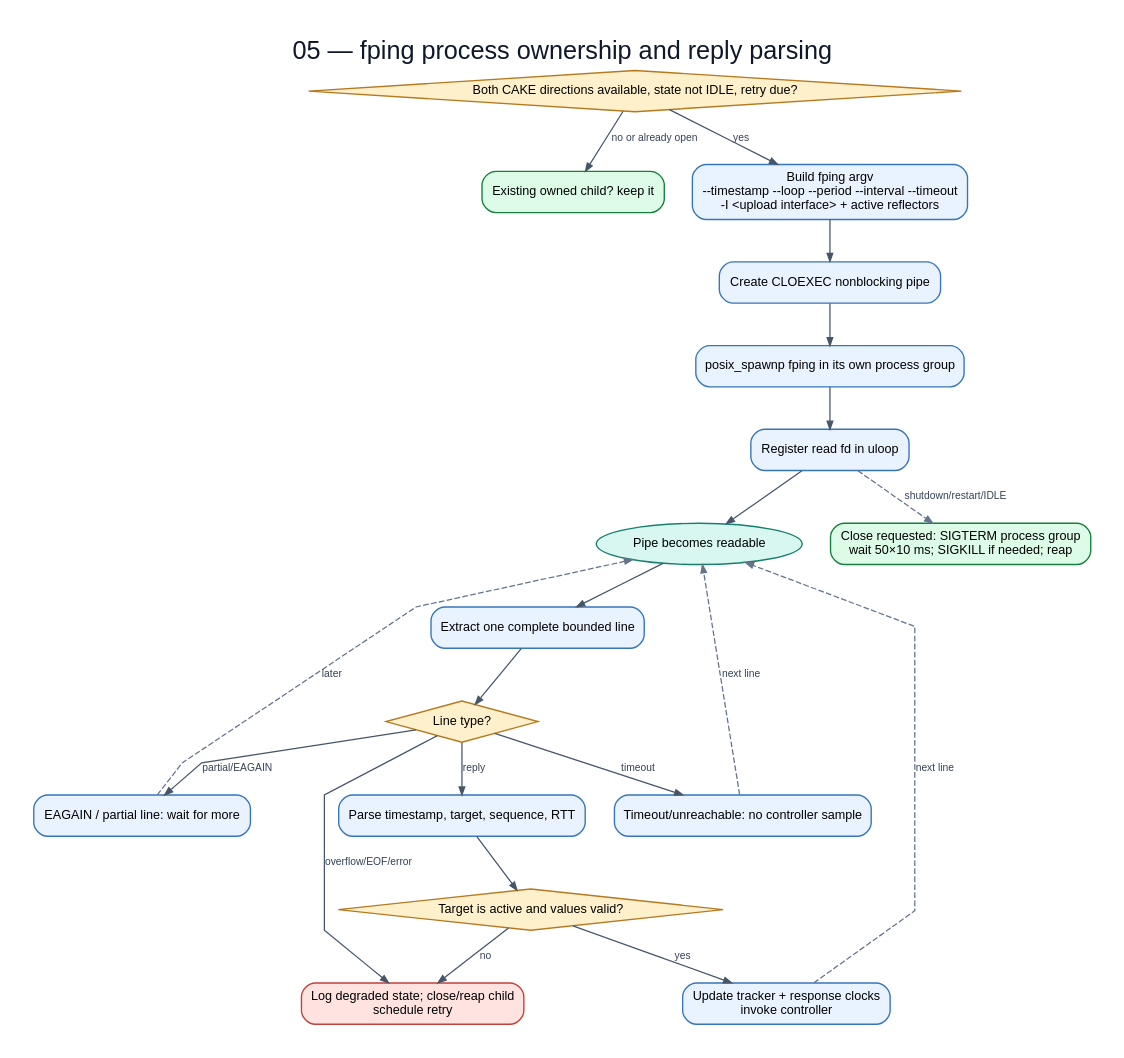
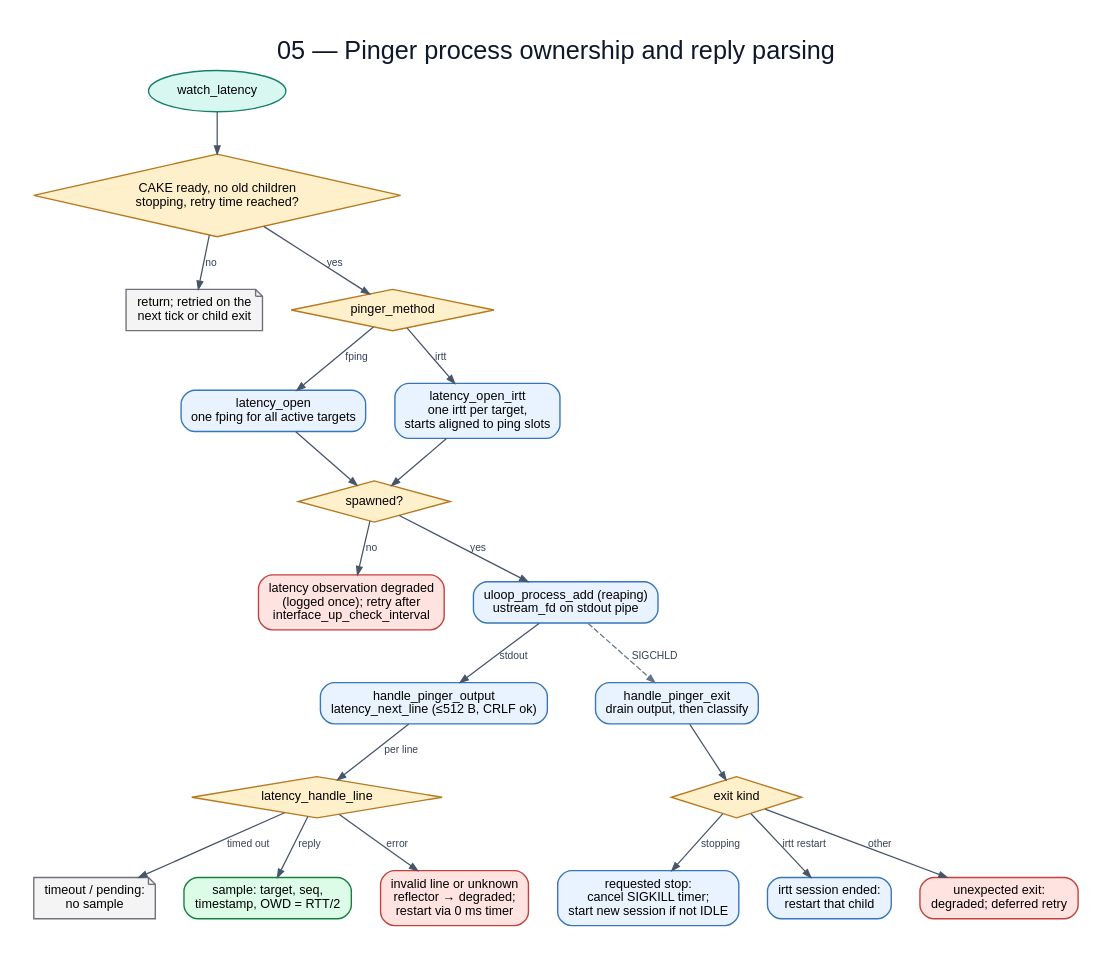
Before and after one commit to huydoan94/cake-adapt: the diagram in flowchart/diagrams/05-fping-process.dot, drawn with Graphviz. The commit also changed 38 other files, not shown here.

First line of the commit message:
Redraw the flowcharts from the current sources

```diff
--- a/flowchart/diagrams/05-fping-process.dot
+++ b/flowchart/diagrams/05-fping-process.dot
@@ -1,40 +1,43 @@
 digraph G {
-  graph [rankdir=TB,bgcolor="white",pad="0.30",nodesep="0.35",ranksep="0.48",splines=polyline,fontname="Arial",label="05 — fping process ownership and reply parsing",labelloc=t,fontsize=22,fontcolor="#0f172a"];
+  graph [rankdir=TB,bgcolor="white",pad="0.30",nodesep="0.35",ranksep="0.48",splines=polyline,fontname="Arial",label="05 — Pinger process ownership and reply parsing",labelloc=t,fontsize=22,fontcolor="#0f172a"];
   node [fontname="Arial",fontsize=11,margin="0.14,0.09",penwidth=1.2];
   edge [fontname="Arial",fontsize=9,color="#475569",fontcolor="#334155",arrowsize=0.7,penwidth=1.1];
-  need [label="Both CAKE directions available, state not IDLE, retry due?",shape=diamond,style="filled",fillcolor="#fff0cc",color="#b7791f"];
-  keep [label="Existing owned child? keep it",shape=box,style="rounded,filled,bold",fillcolor="#dcfce7",color="#15803d"];
-  argv [label="Build fping argv\n--timestamp --loop --period --interval --timeout\n-I <upload interface> + active reflectors",shape=box,style="rounded,filled",fillcolor="#e9f2ff",color="#3676b9"];
-  pipe [label="Create CLOEXEC nonblocking pipe",shape=box,style="rounded,filled",fillcolor="#e9f2ff",color="#3676b9"];
-  spawn [label="posix_spawnp fping in its own process group",shape=box,style="rounded,filled",fillcolor="#e9f2ff",color="#3676b9"];
-  watch [label="Register read fd in uloop",shape=box,style="rounded,filled",fillcolor="#e9f2ff",color="#3676b9"];
-  read [label="Pipe becomes readable",shape=oval,style="filled",fillcolor="#d9f7f1",color="#17806d"];
-  line [label="Extract one complete bounded line",shape=box,style="rounded,filled",fillcolor="#e9f2ff",color="#3676b9"];
-  status [label="Line type?",shape=diamond,style="filled",fillcolor="#fff0cc",color="#b7791f"];
-  pending [label="EAGAIN / partial line: wait for more",shape=box,style="rounded,filled",fillcolor="#e9f2ff",color="#3676b9"];
-  timeout [label="Timeout/unreachable: no controller sample",shape=box,style="rounded,filled",fillcolor="#e9f2ff",color="#3676b9"];
-  parse [label="Parse timestamp, target, sequence, RTT",shape=box,style="rounded,filled",fillcolor="#e9f2ff",color="#3676b9"];
-  valid [label="Target is active and values valid?",shape=diamond,style="filled",fillcolor="#fff0cc",color="#b7791f"];
-  deliver [label="Update tracker + response clocks\ninvoke controller",shape=box,style="rounded,filled",fillcolor="#e9f2ff",color="#3676b9"];
-  bad [label="Log degraded state; close/reap child\nschedule retry",shape=box,style="rounded,filled",fillcolor="#ffe3e0",color="#c2413b"];
-  stop [label="Close requested: SIGTERM process group\nwait 50×10 ms; SIGKILL if needed; reap",shape=box,style="rounded,filled,bold",fillcolor="#dcfce7",color="#15803d"];
-  need -> keep [label="no or already open"];
-  need -> argv [label="yes"];
-  argv -> pipe;
-  pipe -> spawn;
-  spawn -> watch;
-  watch -> read;
-  read -> line;
-  line -> status;
-  status -> pending [label="partial/EAGAIN"];
-  status -> timeout [label="timeout"];
-  status -> parse [label="reply"];
-  status -> bad [label="overflow/EOF/error"];
-  parse -> valid;
-  valid -> deliver [label="yes"];
-  valid -> bad [label="no"];
-  pending -> read [label="later",style=dashed,color="#64748b"];
-  timeout -> read [label="next line",style=dashed,color="#64748b"];
-  deliver -> read [label="next line",style=dashed,color="#64748b"];
-  watch -> stop [label="shutdown/restart/IDLE",style=dashed,color="#64748b"];
+  watch [label="watch_latency",shape=oval,style="filled",fillcolor="#d9f7f1",color="#17806d"];
+  ready [label="CAKE ready, no old children\nstopping, retry time reached?",shape=diamond,style="filled",fillcolor="#fff0cc",color="#b7791f"];
+  wait [label="return; retried on the\nnext tick or child exit",shape=note,style="filled",fillcolor="#f4f4f5",color="#71717a"];
+  method [label="pinger_method",shape=diamond,style="filled",fillcolor="#fff0cc",color="#b7791f"];
+  fping [label="latency_open\none fping for all active targets",shape=box,style="rounded,filled",fillcolor="#e9f2ff",color="#3676b9"];
+  irtt [label="latency_open_irtt\none irtt per target,\nstarts aligned to ping slots",shape=box,style="rounded,filled",fillcolor="#e9f2ff",color="#3676b9"];
+  spawnok [label="spawned?",shape=diamond,style="filled",fillcolor="#fff0cc",color="#b7791f"];
+  degraded [label="latency observation degraded\n(logged once); retry after\ninterface_up_check_interval",shape=box,style="rounded,filled",fillcolor="#ffe3e0",color="#c2413b"];
+  register [label="uloop_process_add (reaping)\nustream_fd on stdout pipe",shape=box,style="rounded,filled",fillcolor="#e9f2ff",color="#3676b9"];
+  read [label="handle_pinger_output\nlatency_next_line (≤512 B, CRLF ok)",shape=box,style="rounded,filled",fillcolor="#e9f2ff",color="#3676b9"];
+  parse [label="latency_handle_line",shape=diamond,style="filled",fillcolor="#fff0cc",color="#b7791f"];
+  timeout [label="timeout / pending:\nno sample",shape=note,style="filled",fillcolor="#f4f4f5",color="#71717a"];
+  sample [label="sample: target, seq,\ntimestamp, OWD = RTT/2",shape=box,style="rounded,filled,bold",fillcolor="#dcfce7",color="#15803d"];
+  bad [label="invalid line or unknown\nreflector → degraded;\nrestart via 0 ms timer",shape=box,style="rounded,filled",fillcolor="#ffe3e0",color="#c2413b"];
+  exit [label="handle_pinger_exit\ndrain output, then classify",shape=box,style="rounded,filled",fillcolor="#e9f2ff",color="#3676b9"];
+  exitkind [label="exit kind",shape=diamond,style="filled",fillcolor="#fff0cc",color="#b7791f"];
+  stopped [label="requested stop:\ncancel SIGKILL timer;\nstart new session if not IDLE",shape=box,style="rounded,filled",fillcolor="#e9f2ff",color="#3676b9"];
+  irttre [label="irtt session ended:\nrestart that child",shape=box,style="rounded,filled",fillcolor="#e9f2ff",color="#3676b9"];
+  crash [label="unexpected exit:\ndegraded; deferred retry",shape=box,style="rounded,filled",fillcolor="#ffe3e0",color="#c2413b"];
+  watch -> ready;
+  ready -> wait [label="no"];
+  ready -> method [label="yes"];
+  method -> fping [label="fping"];
+  method -> irtt [label="irtt"];
+  fping -> spawnok;
+  irtt -> spawnok;
+  spawnok -> degraded [label="no"];
+  spawnok -> register [label="yes"];
+  register -> read [label="stdout"];
+  read -> parse [label="per line"];
+  parse -> timeout [label="timed out"];
+  parse -> sample [label="reply"];
+  parse -> bad [label="error"];
+  register -> exit [label="SIGCHLD",style=dashed,color="#64748b"];
+  exit -> exitkind;
+  exitkind -> stopped [label="stopping"];
+  exitkind -> irttre [label="irtt restart"];
+  exitkind -> crash [label="other"];
 }
```
